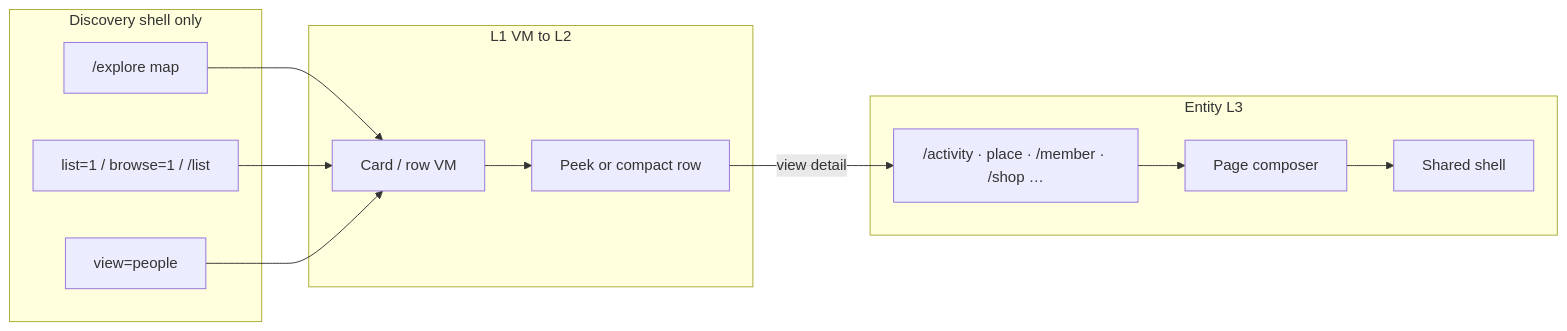
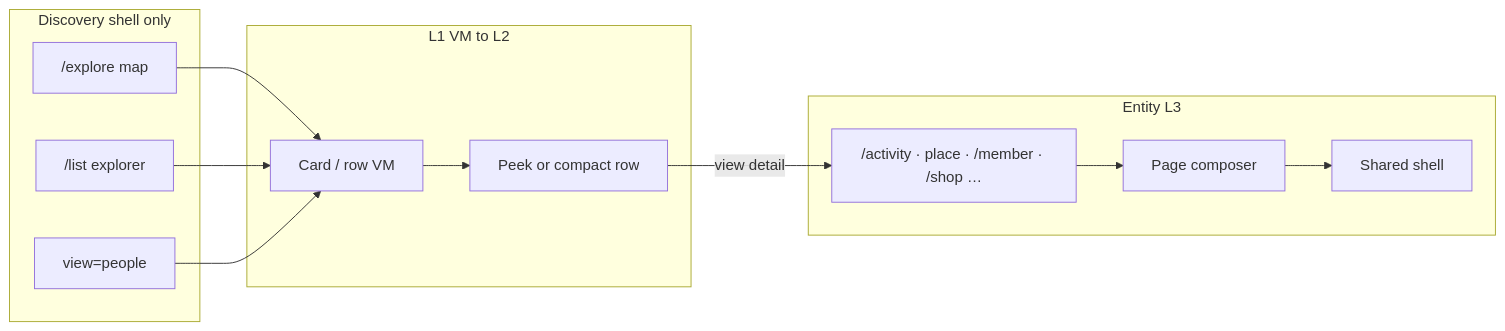
The second of 2 diagrams in docs/SYSTEM_COHERENCE.md (rajpurchasync/UAEtrail), drawn with Mermaid before and after one commit. The commit also changed other lines of this file and 247 other files, not shown here.

First line of the commit message:
Ship the list explorer, outing guides, and packing lists, and drop synthetic location fallbacks.

````diff
--- a/docs/SYSTEM_COHERENCE.md
+++ b/docs/SYSTEM_COHERENCE.md
@@ -467,23 +466,23 @@
 ```mermaid
 flowchart LR
   subgraph discovery [Discovery shell only]
     MAP["/explore map"]
-    LIST["list=1 / browse=1 / /list"]
+    LIST["/list explorer"]
     PEOPLE["view=people"]
   end
   subgraph L1L2 [L1 VM to L2]
     CARD[Card / row VM]
     PEEK[Peek or compact row]
   end
   subgraph L3 [Entity L3]
     ROUTE["/activity · place · /member · /shop …"]
     COMP[Page composer]
     SHL[Shared shell]
   end
   MAP --> CARD
   LIST --> CARD
   PEOPLE --> CARD
   CARD --> PEEK
   PEEK -->|"view detail"| ROUTE
   ROUTE --> COMP --> SHL
 ```
````
